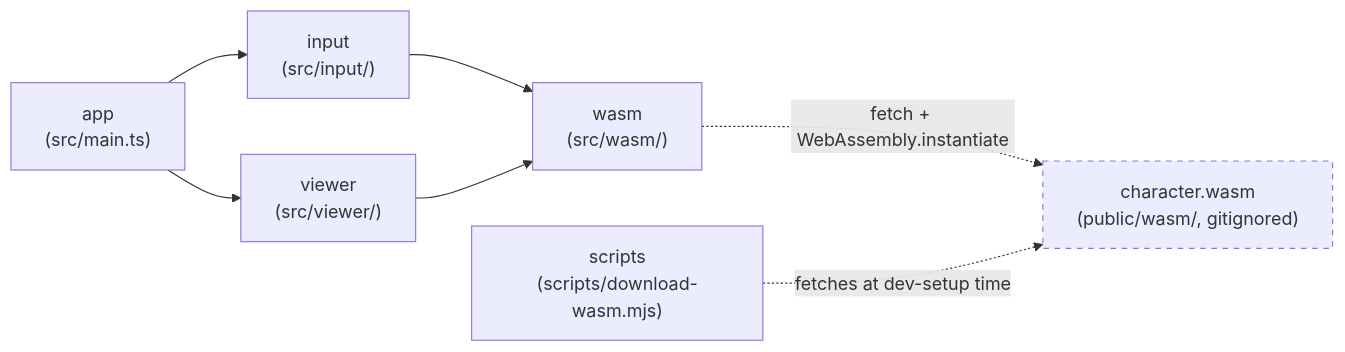
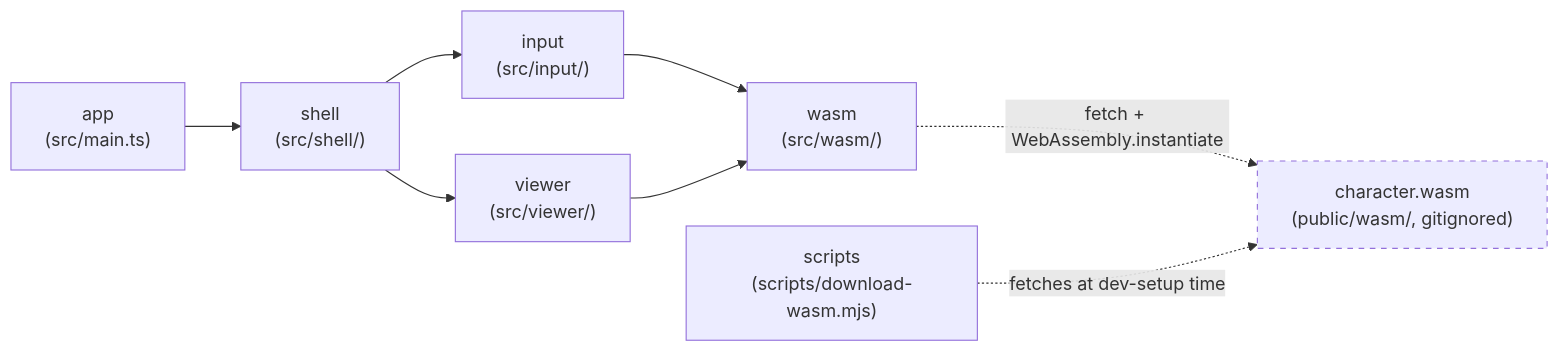
Before and after one commit to openkakutou/character-viewer-web: the diagram in docs/architecture.md, drawn with Mermaid. The commit also changed other lines of this file and 19 other files, not shown here.

````diff
--- a/docs/architecture.md
+++ b/docs/architecture.md
@@ -13,11 +13,12 @@
 ```mermaid
 flowchart LR
-    app["app\n(src/main.ts)"] --> input["input\n(src/input/)"]
-    app --> viewer["viewer\n(src/viewer/)"]
+    app["app\n(src/main.ts)"] --> shell["shell\n(src/shell/)"]
+    shell --> input["input\n(src/input/)"]
+    shell --> viewer["viewer\n(src/viewer/)"]
     input --> wasm["wasm\n(src/wasm/)"]
     viewer --> wasm
     wasm -.->|fetch + WebAssembly.instantiate| module["character.wasm\n(public/wasm/, gitignored)"]
     scripts["scripts\n(scripts/download-wasm.mjs)"] -.->|fetches at dev-setup time| module
 
     style module stroke-dasharray: 5 5
 ```
````
